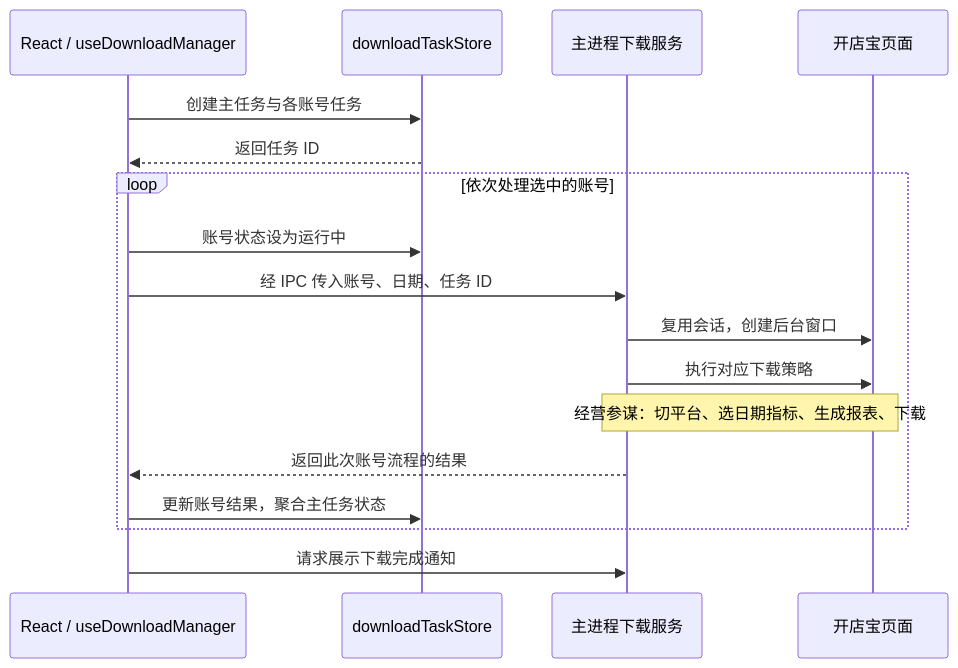
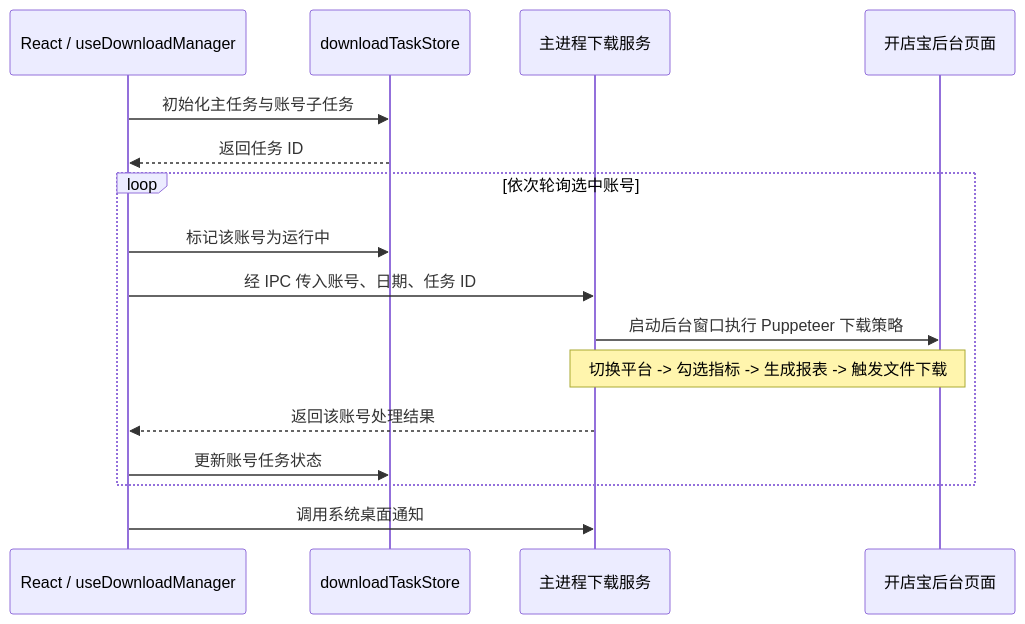
One commit to yyxTheOracle/MyBlog changed the eighth of 13 diagrams in source/_posts/2025-09-14-electron-tiangong.md. Above: the diagram before and after it, drawn with Mermaid. The commit also changed other lines of this file, not shown here.

````diff
--- a/source/_posts/2025-09-14-electron-tiangong.md
+++ b/source/_posts/2025-09-14-electron-tiangong.md
@@ -417,19 +326,18 @@
 ```mermaid
 sequenceDiagram
     participant U as React / useDownloadManager
     participant S as downloadTaskStore
     participant M as 主进程下载服务
-    participant B as 开店宝页面
-    U->>S: 创建主任务与各账号任务
+    participant B as 开店宝后台页面
+    U->>S: 初始化主任务与账号子任务
     S-->>U: 返回任务 ID
-    loop 依次处理选中的账号
-        U->>S: 账号状态设为运行中
+    loop 依次轮询选中账号
+        U->>S: 标记该账号为运行中
         U->>M: 经 IPC 传入账号、日期、任务 ID
-        M->>B: 复用会话，创建后台窗口
-        M->>B: 执行对应下载策略
-        Note over M,B: 经营参谋：切平台、选日期指标、生成报表、下载
-        M-->>U: 返回此次账号流程的结果
-        U->>S: 更新账号结果，聚合主任务状态
+        M->>B: 启动后台窗口执行 Puppeteer 下载策略
+        Note over M,B: 切换平台 -> 勾选指标 -> 生成报表 -> 触发文件下载
+        M-->>U: 返回该账号处理结果
+        U->>S: 更新账号任务状态
     end
-    U->>M: 请求展示下载完成通知
+    U->>M: 调用系统桌面通知
 ```
````
